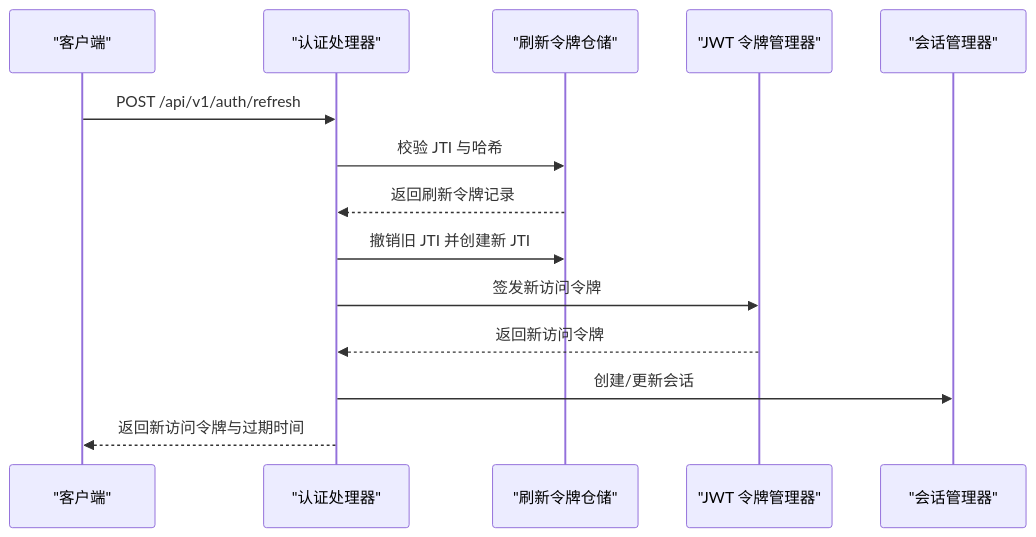
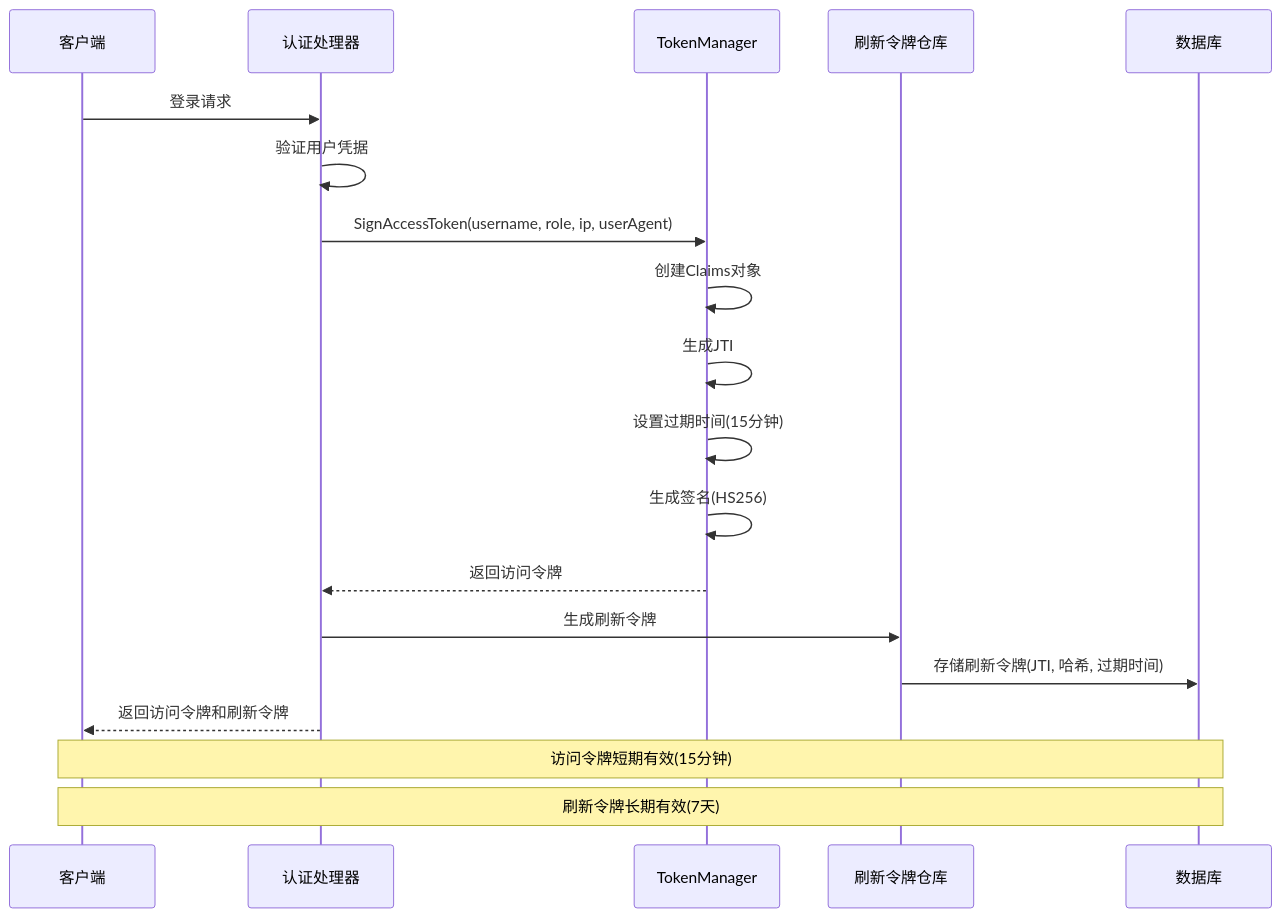
Before and after one commit to x01n/My-OpenWaf: the fourth of 12 diagrams in docs/管理 API 系统/REST API 设计规范/认证授权机制.md, drawn with Mermaid. The commit also changed other lines of this file and 199 other files, not shown here.

````diff
--- a/docs/管理 API 系统/REST API 设计规范/认证授权机制.md
+++ b/docs/管理 API 系统/REST API 设计规范/认证授权机制.md
@@ -192,16 +146,21 @@
 ```mermaid
 sequenceDiagram
-participant C as "客户端"
-participant H as "认证处理器"
-participant RT as "刷新令牌仓储"
-participant TM as "JWT 令牌管理器"
-participant SM as "会话管理器"
-C->>H : POST /api/v1/auth/refresh
-H->>RT : 校验 JTI 与哈希
-RT-->>H : 返回刷新令牌记录
-H->>RT : 撤销旧 JTI 并创建新 JTI
-H->>TM : 签发新访问令牌
-TM-->>H : 返回新访问令牌
-H->>SM : 创建/更新会话
-H-->>C : 返回新访问令牌与过期时间
+participant Client as 客户端
+participant Auth as 认证处理器
+participant TM as TokenManager
+participant RT as 刷新令牌仓库
+participant DB as 数据库
+Client->>Auth : 登录请求
+Auth->>Auth : 验证用户凭据
+Auth->>TM : SignAccessToken(username, role, ip, userAgent)
+TM->>TM : 创建Claims对象
+TM->>TM : 生成JTI
+TM->>TM : 设置过期时间(15分钟)
+TM->>TM : 生成签名(HS256)
+TM-->>Auth : 返回访问令牌
+Auth->>RT : 生成刷新令牌
+RT->>DB : 存储刷新令牌(JTI, 哈希, 过期时间)
+Auth-->>Client : 返回访问令牌和刷新令牌
+Note over Client,DB : 访问令牌短期有效(15分钟)
+Note over Client,DB : 刷新令牌长期有效(7天)
 ```
````
